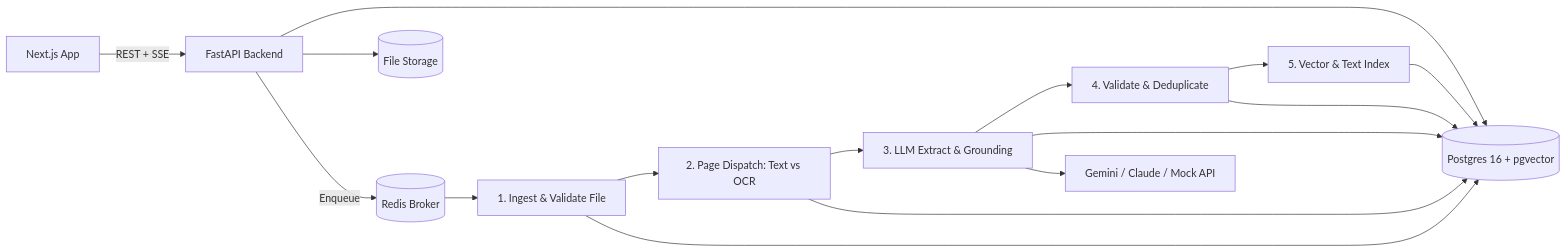
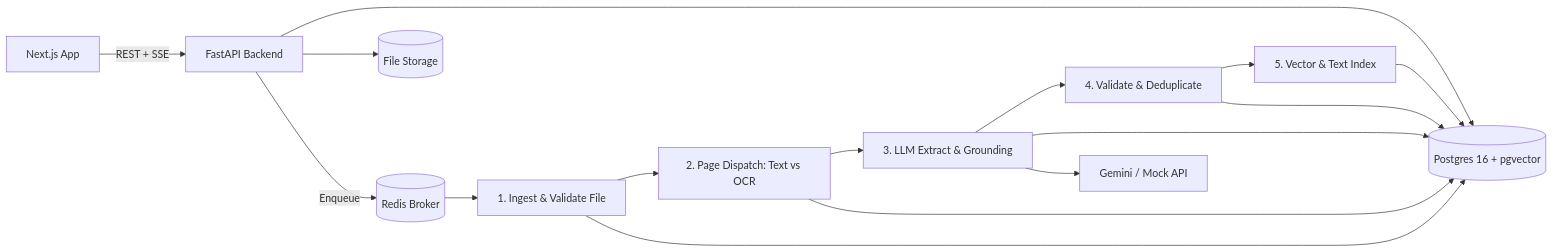
One commit to FaiazPronoy/Hisab-Kitab changed the diagram in README.md. Above: the diagram before and after it, drawn with Mermaid. The commit also changed other lines of this file and 2 other files, not shown here.

````diff
--- a/README.md
+++ b/README.md
@@ -82,10 +80,10 @@
 ```mermaid
 flowchart LR
   UI[Next.js App] -->|REST + SSE| API[FastAPI Backend]
   API --> PG[(Postgres 16 + pgvector)]
   API --> FS[(File Storage)]
   API -->|Enqueue| R[(Redis Broker)]
   R --> I[1. Ingest & Validate File] --> O[2. Page Dispatch: Text vs OCR] --> X[3. LLM Extract & Grounding] --> F[4. Validate & Deduplicate] --> N[5. Vector & Text Index]
   I & O & X & F & N --> PG
-  X --> LLM[Gemini / Claude / Mock API]
+  X --> LLM[Gemini / Mock API]
 ```
````
